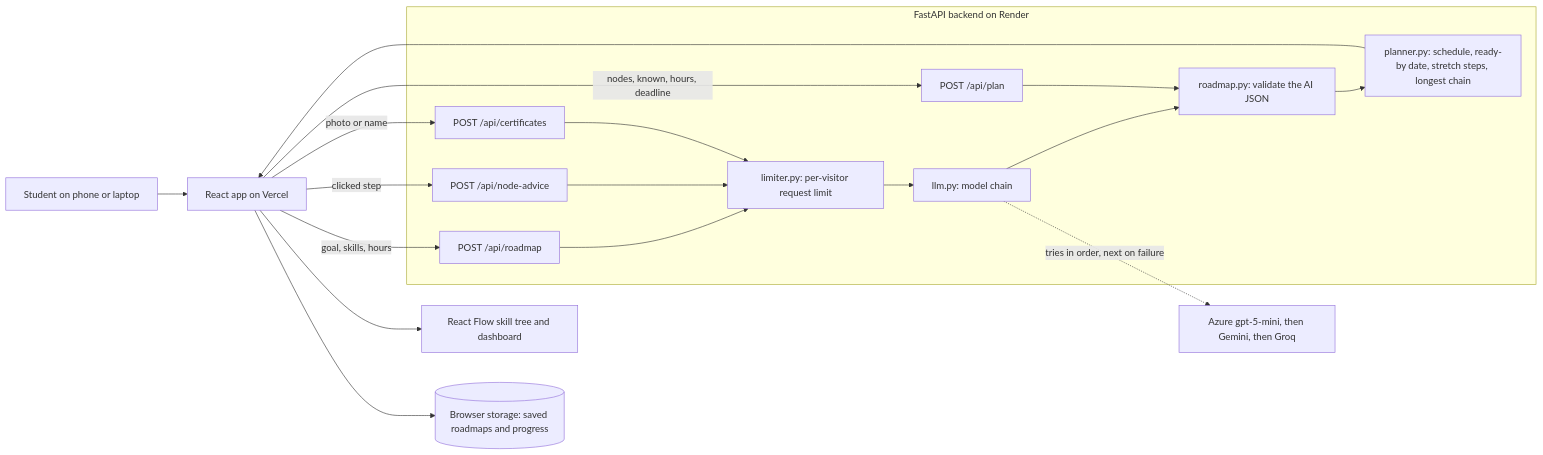
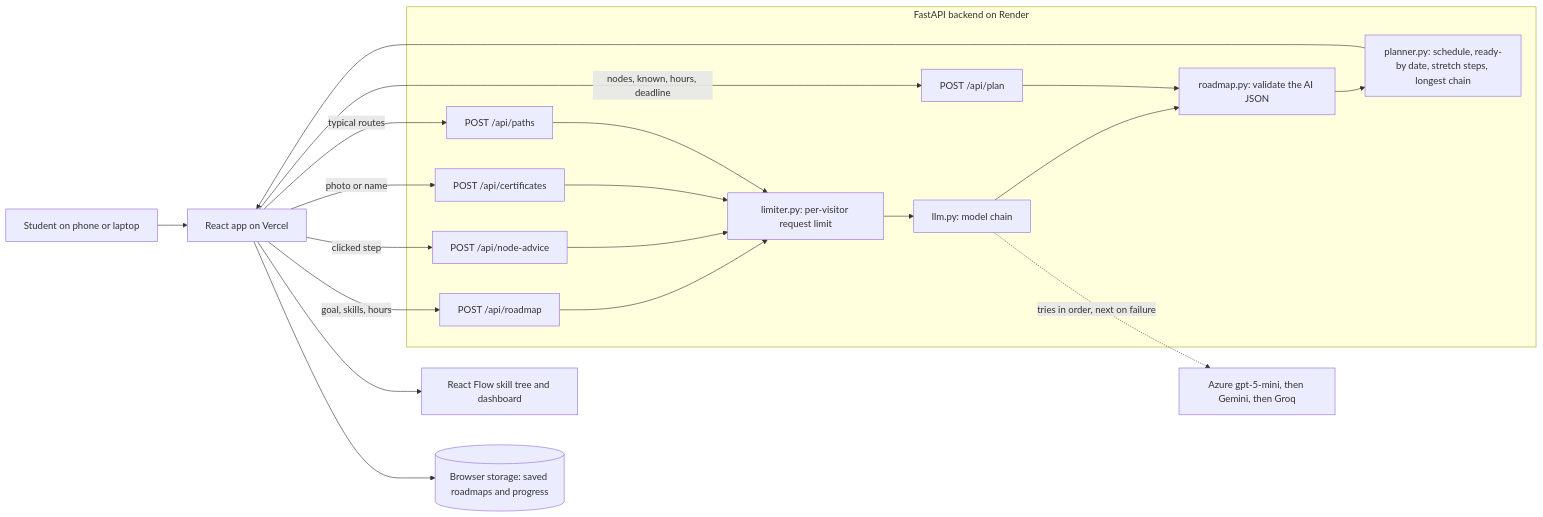
The diagram in README.md (Aaliya-lynx/careermap), drawn with Mermaid before and after one commit. The commit also changed other lines of this file and 8 other files, not shown here.

Commit message:
Add typical routes, explain a silent voice, and fix overlapping and faded steps

````diff
--- a/README.md
+++ b/README.md
@@ -46,22 +47,24 @@
 ```mermaid
 flowchart LR
     U[Student on phone or laptop] --> F[React app on Vercel]
     F -->|goal, skills, hours| R[POST /api/roadmap]
     F -->|nodes, known, hours, deadline| P[POST /api/plan]
     F -->|clicked step| A[POST /api/node-advice]
     F -->|photo or name| C[POST /api/certificates]
+    F -->|typical routes| T[POST /api/paths]
     subgraph Backend [FastAPI backend on Render]
         L[limiter.py: per-visitor request limit]
         R --> L
         A --> L
         C --> L
+        T --> L
         L --> M[llm.py: model chain]
         M --> V[roadmap.py: validate the AI JSON]
         P --> V
         V --> PL[planner.py: schedule, ready-by date, stretch steps, longest chain]
     end
     M -. tries in order, next on failure .-> X[Azure gpt-5-mini, then Gemini, then Groq]
     PL --> F
     F --> G[React Flow skill tree and dashboard]
     F --> S[(Browser storage: saved roadmaps and progress)]
 ```
````
